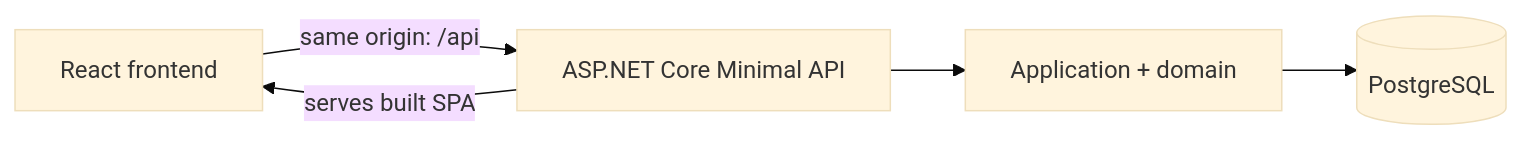
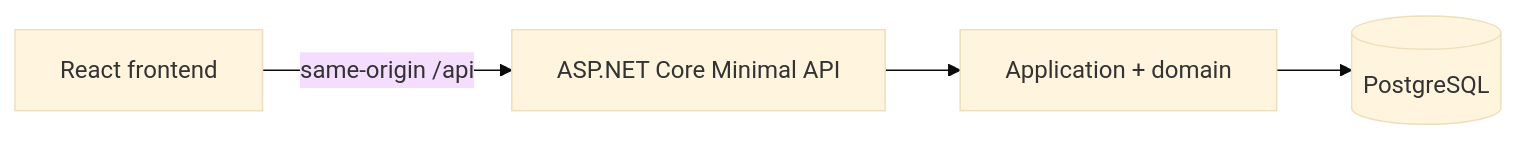
One commit to renanmoraisdasilva/forge_plm_engine changed the second of 2 diagrams in README.md. Above: the diagram before and after it, drawn with Mermaid (base theme).

````diff
--- a/README.md
+++ b/README.md
@@ -115,7 +115,6 @@
 ```mermaid
 flowchart LR
-    Browser["React frontend"] -->|"same origin: /api"| Api["ASP.NET Core Minimal API"]
+    Browser["React frontend"] -->|"same-origin /api"| Api["ASP.NET Core Minimal API"]
     Api --> App["Application + domain"]
     App --> Db[("PostgreSQL")]
-    Api -->|"serves built SPA"| Browser
 ```
````
